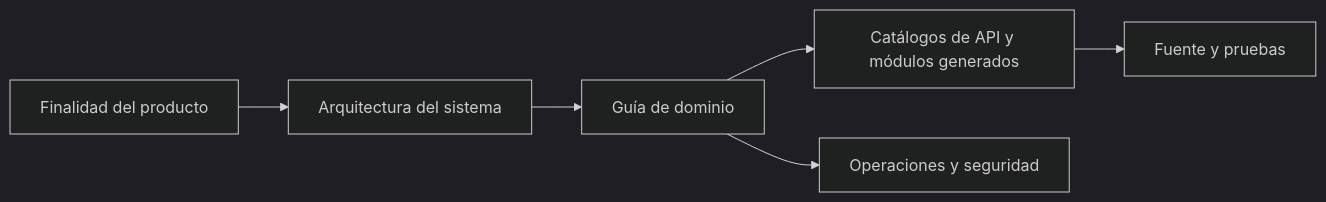
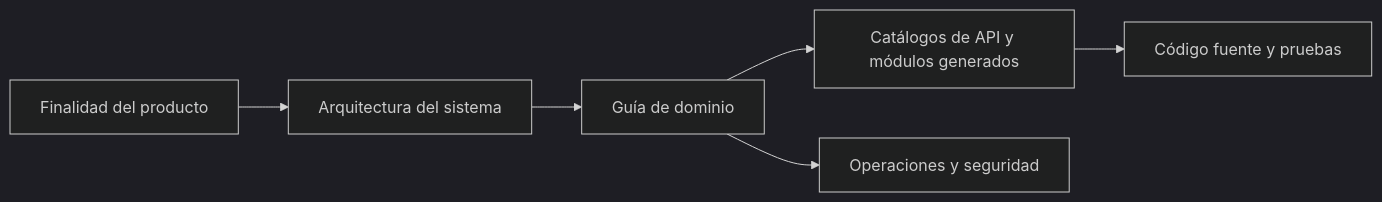
Before and after one commit to ismigar/Gnosi: the diagram in docs/engineering-es/index.md, drawn with Mermaid (dark theme). The commit also changed other lines of this file and 96 other files, not shown here.

````diff
--- a/docs/engineering-es/index.md
+++ b/docs/engineering-es/index.md
@@ -35,8 +35,8 @@
 ```mermaid
 flowchart LR
     A["Finalidad del producto"] --> B["Arquitectura del sistema"]
     B --> C["Guía de dominio"]
     C --> D["Catálogos de API y módulos generados"]
-    D --> E["Fuente y pruebas"]
+    D --> E["Código fuente y pruebas"]
     C --> F["Operaciones y seguridad"]
 ```
````
